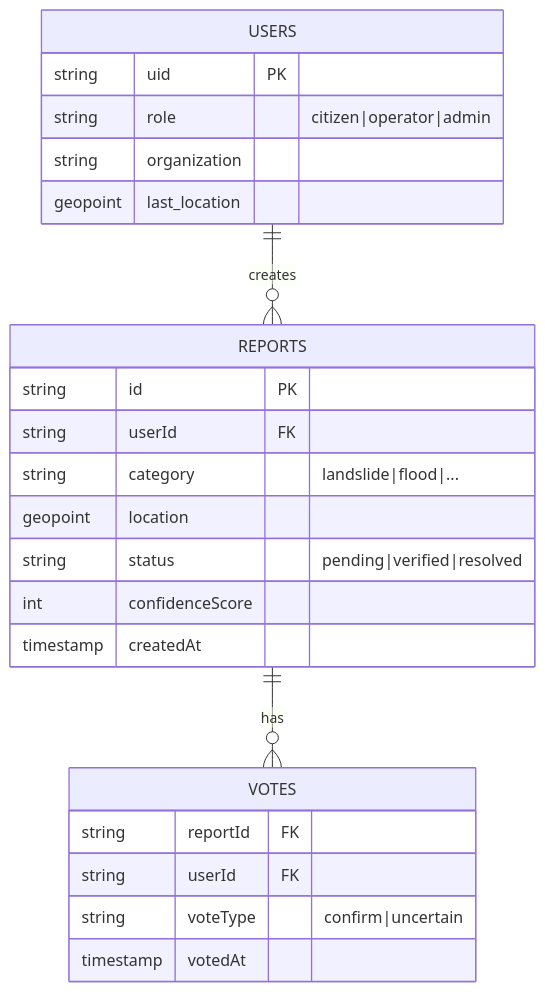
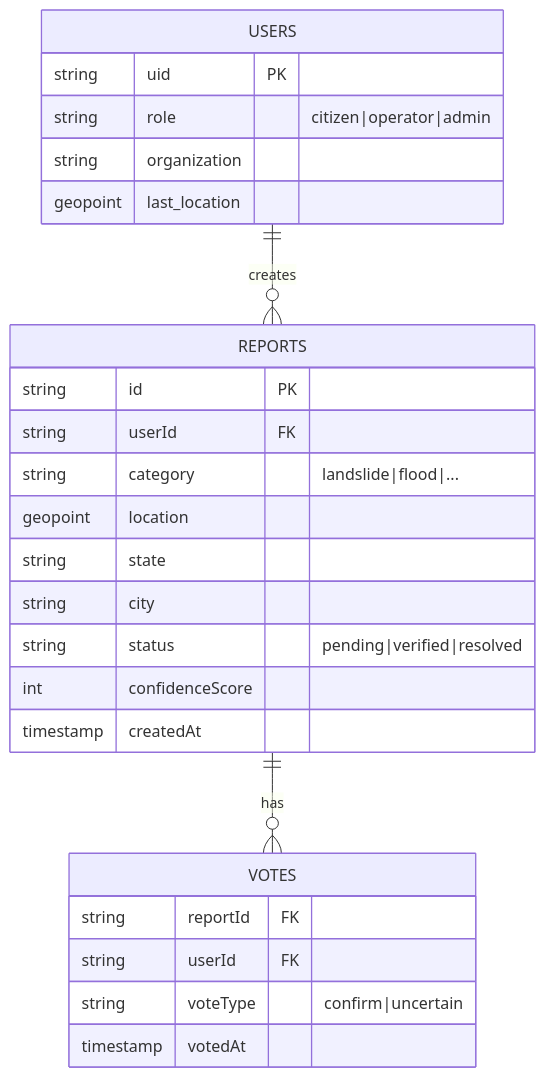
The third of 3 diagrams in README.md (mohitUpraity/i-n-d-r-a), drawn with Mermaid before and after one commit. The commit also changed other lines of this file and 6 other files, not shown here.

````diff
--- a/README.md
+++ b/README.md
@@ -142,28 +144,30 @@
 ```mermaid
 erDiagram
     USERS ||--o{ REPORTS : "creates"
     USERS {
         string uid PK
         string role "citizen|operator|admin"
         string organization
         geopoint last_location
     }
 
     REPORTS ||--o{ VOTES : "has"
     REPORTS {
         string id PK
         string userId FK
         string category "landslide|flood|..."
         geopoint location
+        string state
+        string city
         string status "pending|verified|resolved"
         int confidenceScore
         timestamp createdAt
     }
 
     VOTES {
         string reportId FK
         string userId FK
         string voteType "confirm|uncertain"
         timestamp votedAt
     }
 ```
````
